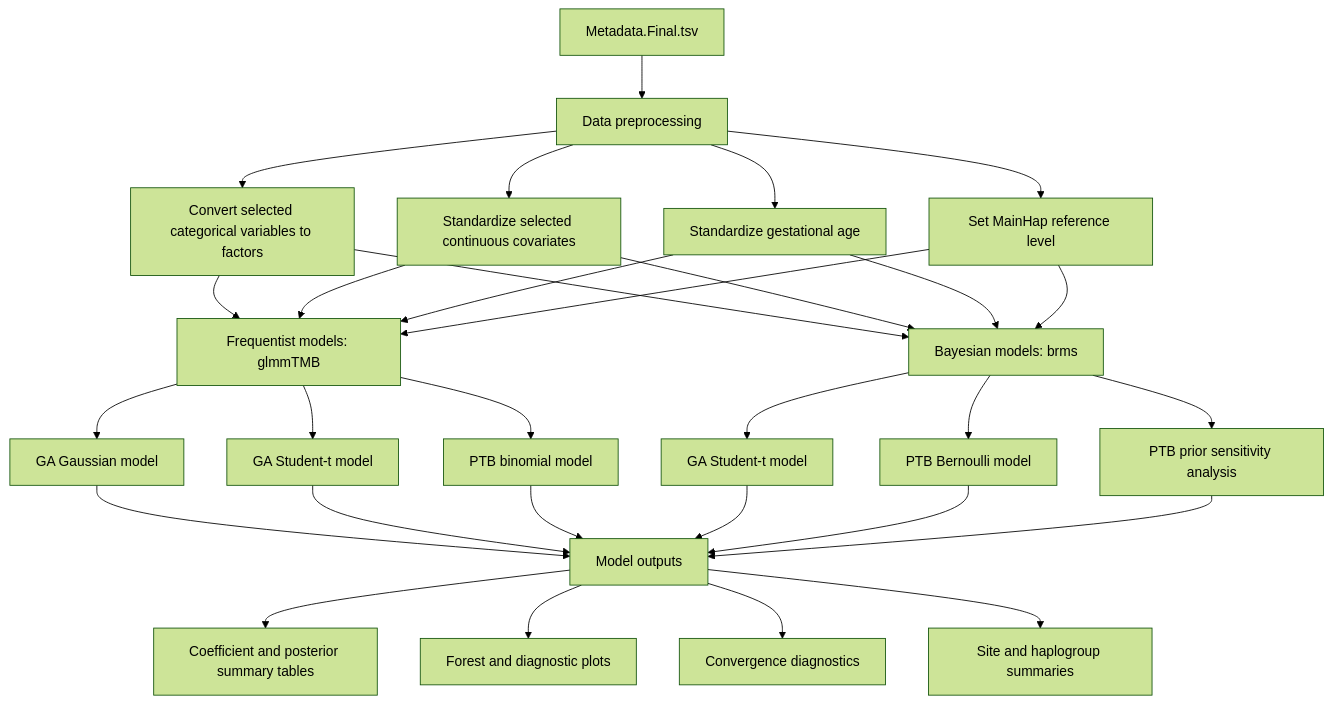
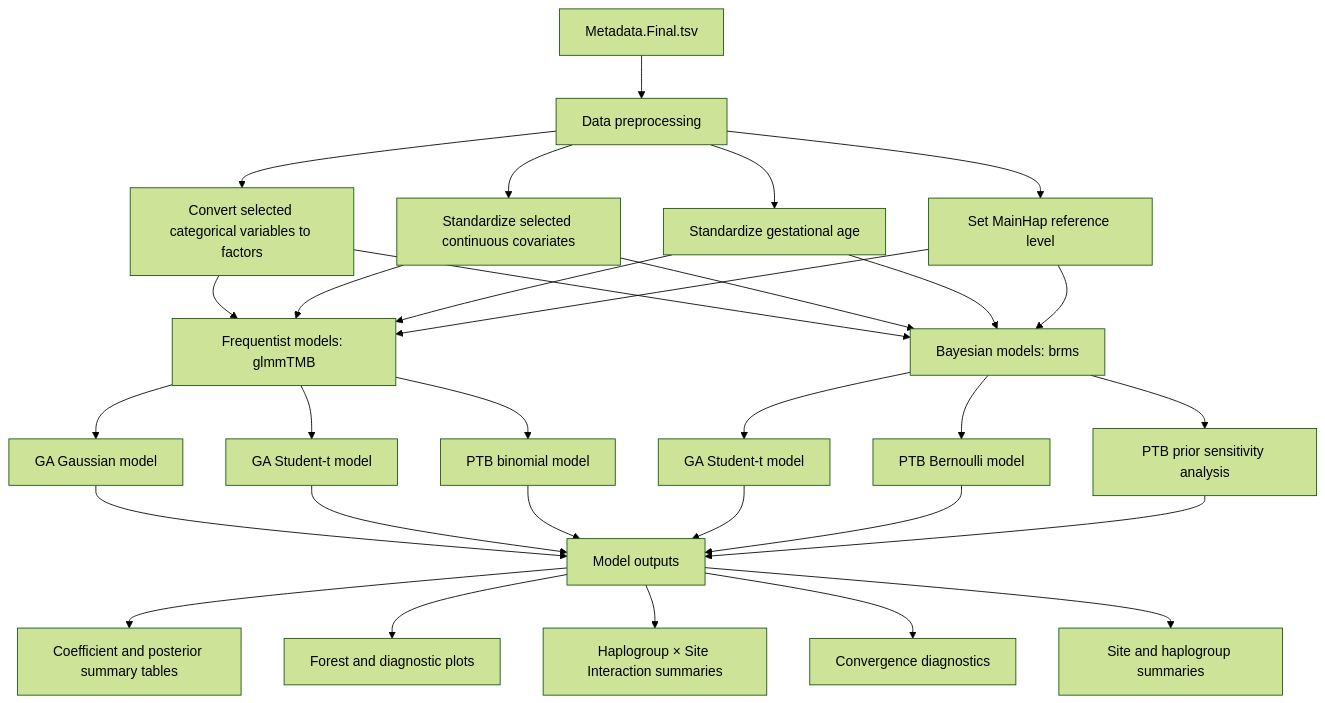
Before and after one commit to jahaltom/mtDNA-Pre-term-birth-association-: the diagram in Final_Model/README.md, drawn with Mermaid (forest theme).

````diff
--- a/Final_Model/README.md
+++ b/Final_Model/README.md
@@ -27,39 +27,41 @@
 ```mermaid
 flowchart TD
     A[Metadata.Final.tsv] --> B[Data preprocessing]
 
     B --> B1[Convert selected categorical variables to factors]
     B --> B2[Standardize selected continuous covariates]
     B --> B3[Standardize gestational age]
     B --> B4[Set MainHap reference level]
 
     B1 --> C[Frequentist models: glmmTMB]
     B2 --> C
     B3 --> C
     B4 --> C
 
     B1 --> D[Bayesian models: brms]
     B2 --> D
     B3 --> D
     B4 --> D
 
     C --> C1[GA Gaussian model]
     C --> C2[GA Student-t model]
     C --> C3[PTB binomial model]
 
     D --> D1[GA Student-t model]
     D --> D2[PTB Bernoulli model]
     D --> D3[PTB prior sensitivity analysis]
 
     C1 --> E[Model outputs]
     C2 --> E
     C3 --> E
     D1 --> E
     D2 --> E
     D3 --> E
 
     E --> E1[Coefficient and posterior summary tables]
     E --> E2[Forest and diagnostic plots]
-    E --> E3[Convergence diagnostics]
-    E --> E4[Site and haplogroup summaries]
+    E --> E3[Haplogroup × Site Interaction summaries]
+    E --> E4[Convergence diagnostics]
+    E --> E5[Site and haplogroup summaries]
+    
 ```
````
